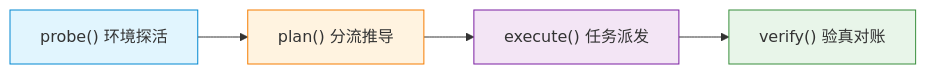
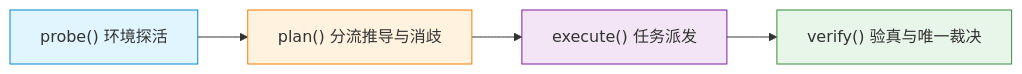
Before and after one commit to CAoyinggo/panqu-Test-agent: the diagram in README.md, drawn with Mermaid. The commit also changed other lines of this file and 26 other files, not shown here.

````diff
--- a/README.md
+++ b/README.md
@@ -121,10 +123,10 @@
 ```mermaid
 flowchart LR
-    A["probe() 环境探活"] --> B["plan() 分流推导"]
+    A["probe() 环境探活"] --> B["plan() 分流推导与消歧"]
     B --> C["execute() 任务派发"]
-    C --> D["verify() 验真对账"]
+    C --> D["verify() 验真与唯一裁决"]
     style A fill:#e1f5fe,stroke:#0288d1
     style B fill:#fff3e0,stroke:#f57c00
     style C fill:#f3e5f5,stroke:#7b1fa2
     style D fill:#e8f5e9,stroke:#388e3c
 ```
````
